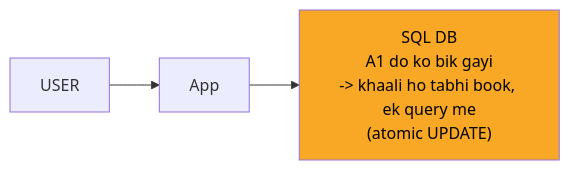
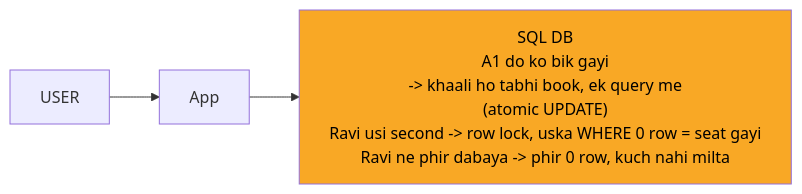
One commit to ArpanMaheshwari144/Prep changed the second of 9 diagrams in 04_HLD/SYSTEM_DESIGNS/09_bookmyshow/09_bookmyshow_INTERVIEW.md. Above: the diagram before and after it, drawn with Mermaid. The commit also changed other lines of this file and 12 other files, not shown here.

Commit message:
hld 02-14: peele dabbe me SAFAR ke mod + diagram chauda (wrappingWidth 450)

````diff
--- a/04_HLD/SYSTEM_DESIGNS/09_bookmyshow/09_bookmyshow_INTERVIEW.md
+++ b/04_HLD/SYSTEM_DESIGNS/09_bookmyshow/09_bookmyshow_INTERVIEW.md
@@ -90,9 +91,10 @@
 ```mermaid
+%%{init: {"flowchart": {"wrappingWidth": 450}}}%%
 flowchart LR
     n_USER["USER"]
     n_App["App"]
-    n_SQL_DB["SQL DB<br/>A1 do ko bik gayi<br/>-> khaali ho tabhi book, ek query me<br/>(atomic UPDATE)"]
+    n_SQL_DB["SQL DB<br/>A1 do ko bik gayi<br/>-> khaali ho tabhi book, ek query me<br/>(atomic UPDATE)<br/>Ravi usi second -> row lock, uska WHERE 0 row = seat gayi<br/>Ravi ne phir dabaya -> phir 0 row, kuch nahi milta"]
     n_USER --> n_App
     n_App --> n_SQL_DB
     style n_SQL_DB fill:#f9a825,color:#000
 ```
````
